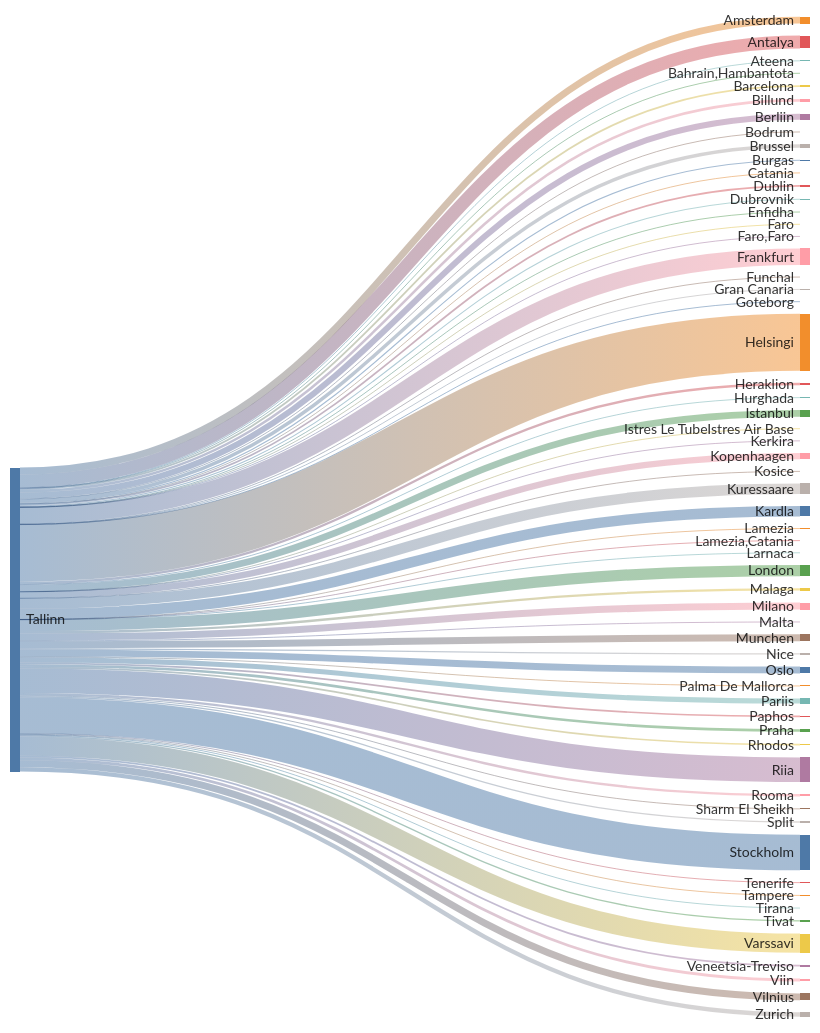
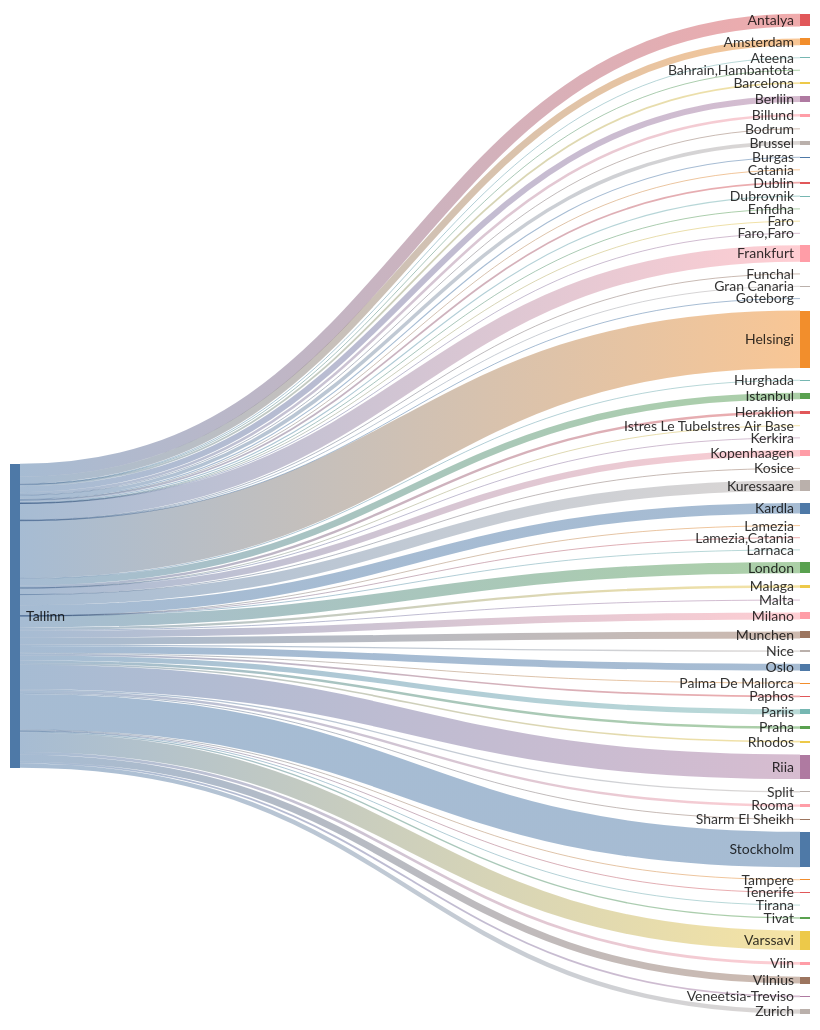
Before and after one commit to rainermesi/tll-airport-departures: the second of 2 diagrams in README.md, drawn with Mermaid. The commit also changed other lines of this file, not shown here.

````diff
--- a/README.md
+++ b/README.md
@@ -34,72 +34,72 @@
 ```mermaid
 ---
 config:
   sankey:
     showValues: false
     width: 800
     height: 1000
 ---
 sankey-beta
 %% source,target,value
-Tallinn,Amsterdam,132
+Tallinn,Amsterdam,133
 Tallinn,Antalya,248
 Tallinn,Ateena,16
 Tallinn,"Bahrain,Hambantota",1
 Tallinn,Barcelona,35
 Tallinn,Berliin,116
 Tallinn,Billund,49
 Tallinn,Bodrum,11
-Tallinn,Brussel,68
+Tallinn,Brussel,69
 Tallinn,Burgas,21
 Tallinn,Catania,2
 Tallinn,Dublin,34
 Tallinn,Dubrovnik,21
 Tallinn,Enfidha,7
 Tallinn,Faro,4
 Tallinn,"Faro,Faro",1
-Tallinn,Frankfurt,317
+Tallinn,Frankfurt,319
 Tallinn,Funchal,5
-Tallinn,Gran Canaria,9
+Tallinn,Gran Canaria,10
 Tallinn,Goteborg,1
-Tallinn,Helsingi,1101
+Tallinn,Helsingi,1110
 Tallinn,Heraklion,46
 Tallinn,Hurghada,15
-Tallinn,Istanbul,128
+Tallinn,Istanbul,129
 Tallinn,Istres Le TubeIstres Air Base,2
 Tallinn,Kerkira,4
-Tallinn,Kopenhaagen,123
+Tallinn,Kopenhaagen,124
 Tallinn,Kosice,1
-Tallinn,Kuressaare,203
-Tallinn,Kardla,203
+Tallinn,Kuressaare,205
+Tallinn,Kardla,205
 Tallinn,Lamezia,1
 Tallinn,"Lamezia,Catania",3
 Tallinn,Larnaca,4
-Tallinn,London,217
+Tallinn,London,219
 Tallinn,Malaga,46
 Tallinn,Malta,15
-Tallinn,Milano,135
-Tallinn,Munchen,134
+Tallinn,Milano,136
+Tallinn,Munchen,135
 Tallinn,Nice,25
-Tallinn,Oslo,132
+Tallinn,Oslo,133
 Tallinn,Palma De Mallorca,19
 Tallinn,Paphos,33
 Tallinn,Pariis,98
 Tallinn,Praha,49
 Tallinn,Rhodos,32
-Tallinn,Riia,473
-Tallinn,Rooma,46
+Tallinn,Riia,477
+Tallinn,Rooma,47
 Tallinn,Sharm El Sheikh,18
 Tallinn,Split,25
-Tallinn,Stockholm,687
+Tallinn,Stockholm,689
 Tallinn,Tampere,17
-Tallinn,Tenerife,13
+Tallinn,Tenerife,14
 Tallinn,Tirana,8
 Tallinn,Tivat,26
-Tallinn,Varssavi,370
+Tallinn,Varssavi,373
 Tallinn,Veneetsia-Treviso,34
 Tallinn,Viin,54
-Tallinn,Vilnius,133
+Tallinn,Vilnius,134
 Tallinn,Zurich,84
 
 
 ```
````
